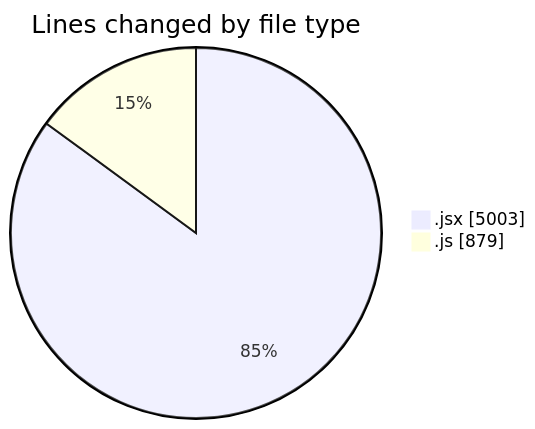
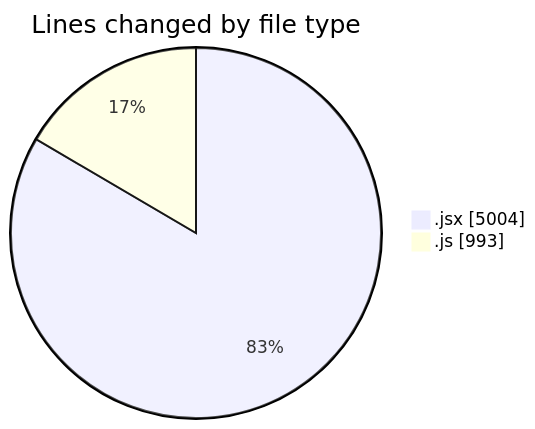
Before and after one commit to nxtqubesakshisongat/code-tracking: the first of 2 diagrams in 2025-07-21/nxtqube_webapp/README.md, drawn with Mermaid. The commit also changed other lines of this file and 1 other file, not shown here.

````diff
--- a/2025-07-21/nxtqube_webapp/README.md
+++ b/2025-07-21/nxtqube_webapp/README.md
@@ -28,6 +28,6 @@
 ```mermaid
 pie showData
 title Lines changed by file type
-".jsx" : 5003
-".js" : 879
+".jsx" : 5004
+".js" : 993
 ```
````
